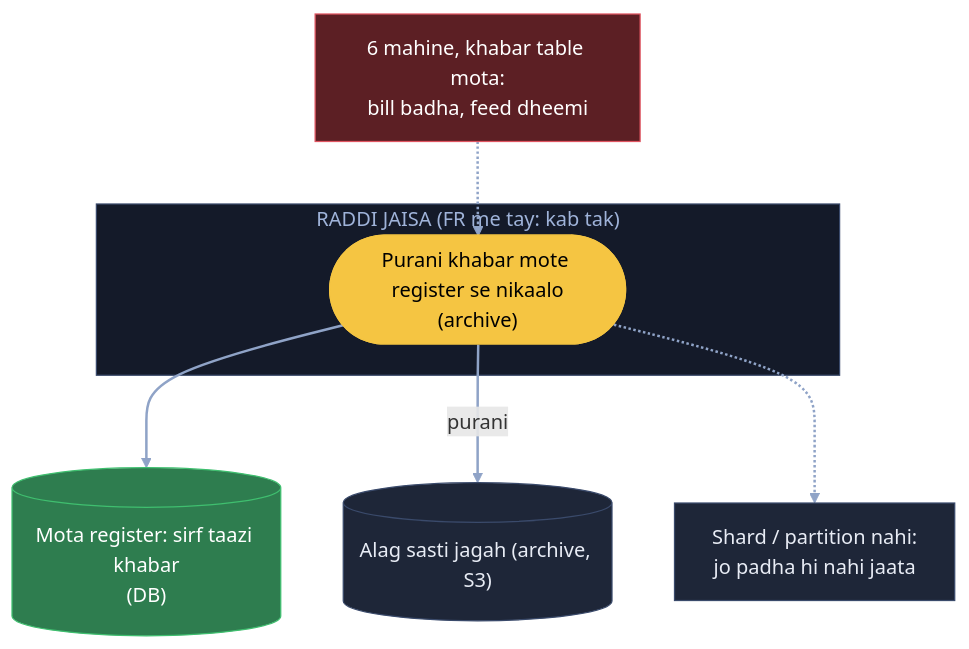
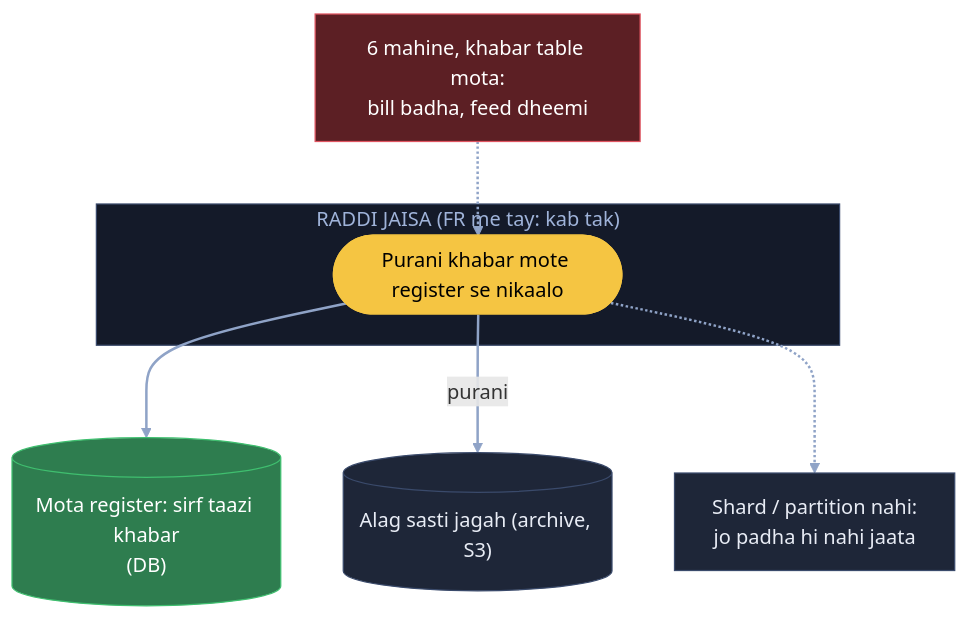
Diagram 12 of 14 in 04_HLD/SYSTEM_DESIGNS/08_news_aggregator/08_news_aggregator.md (ArpanMaheshwari144/Prep), drawn with Mermaid before and after one commit. The commit also changed other lines of this file and 20 other files, not shown here.

Commit message:
Diagram: sirf hand notes wale naam rahe (66 apne joda naam hataye); README 22-Nov tak update

````diff
--- a/04_HLD/SYSTEM_DESIGNS/08_news_aggregator/08_news_aggregator.md
+++ b/04_HLD/SYSTEM_DESIGNS/08_news_aggregator/08_news_aggregator.md
@@ -424,20 +424,20 @@
 ```mermaid
 flowchart TB
     X["6 mahine, khabar table mota:<br/>bill badha, feed dheemi"]:::bad
     subgraph RD["RADDI JAISA (FR me tay: kab tak)"]
-        K(["Purani khabar mote register se nikaalo<br/>(archive)"]):::pill
+        K(["Purani khabar mote register se nikaalo"]):::pill
     end
     D[("Mota register: sirf taazi khabar<br/>(DB)")]:::good
     A[("Alag sasti jagah (archive, S3)")]:::card
     N["Shard / partition nahi:<br/>jo padha hi nahi jaata"]:::card
     X -.-> K
     K --> D
     K -- "purani" --> A
     K -.-> N
     linkStyle default stroke:#8fa3c7,stroke-width:2px
     classDef card fill:#1e2638,stroke:#3a4a6b,color:#e8ecf5
     classDef pill fill:#f5c542,stroke:#f5c542,color:#000
     classDef good fill:#2e7d4f,stroke:#3fbf6f,color:#fff
     classDef bad fill:#5c1f24,stroke:#e05561,color:#fff
     style RD fill:#141a29,stroke:#3a4a6b,color:#9fb3d9
 ```
````
